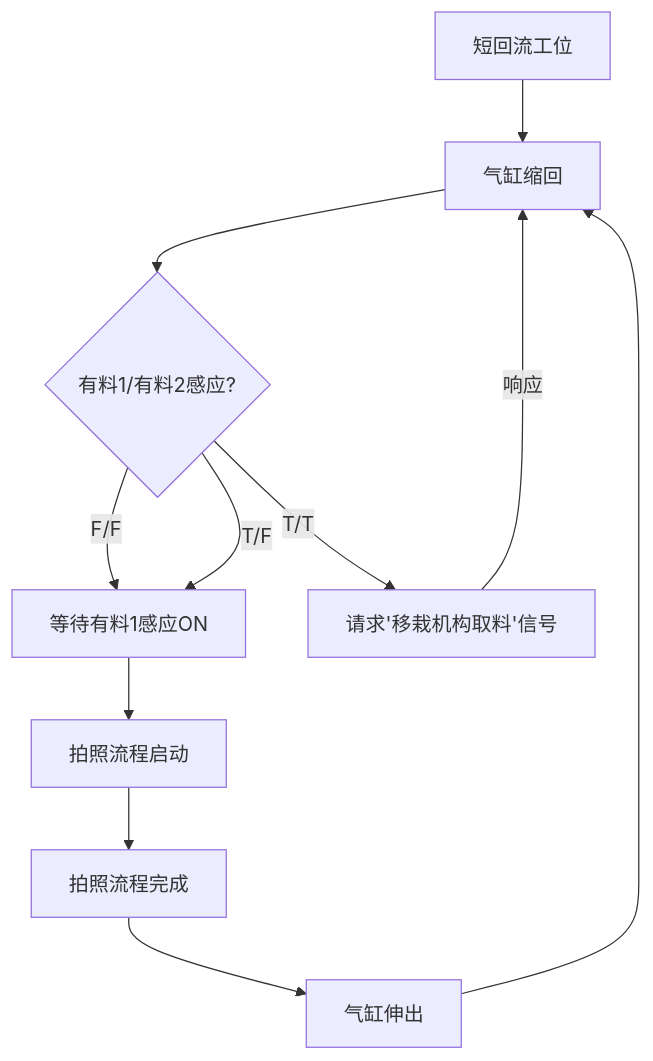
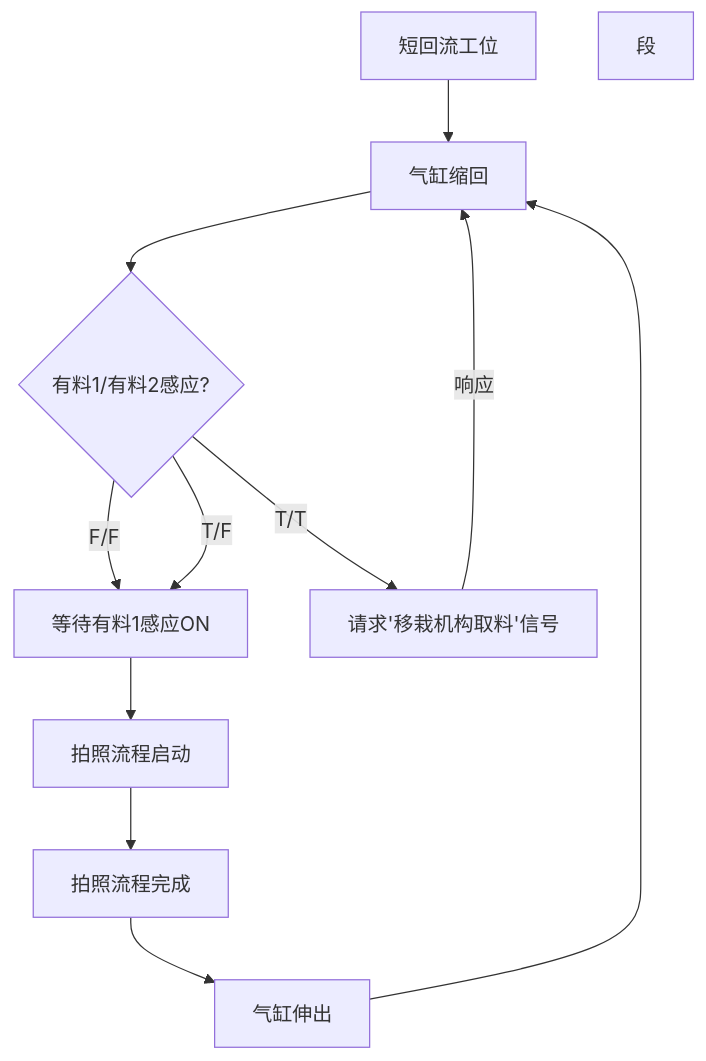
Before and after one commit to zmq000/iodraw-files: the diagram in all/未命名.md, drawn with Mermaid.

Commit message:
2026-06-17 21:01:03 update

````diff
--- a/all/未命名.md
+++ b/all/未命名.md
@@ -1,15 +1,15 @@
 ```mermaid
 graph TD
 0[短回流工位]-->10
 10[气缸缩回]-->20
 20{有料1/有料2感应?}-->|F/F|30
 20-->|T/F|30
 20-->|T/T|100
 30[等待有料1感应ON]-->40
 40[拍照流程启动]-->50
 50[拍照流程完成]-->60
 60[气缸伸出]-->10
 
 100[请求'移栽机构取料'信号]-->|响应|10
-
+段
 ```
````
